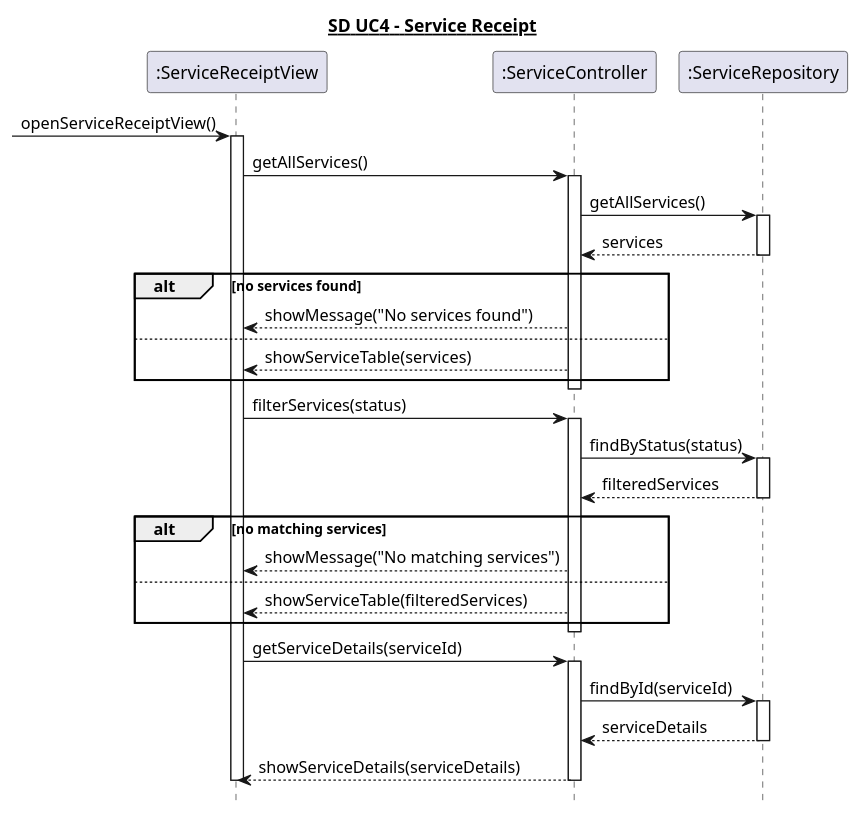
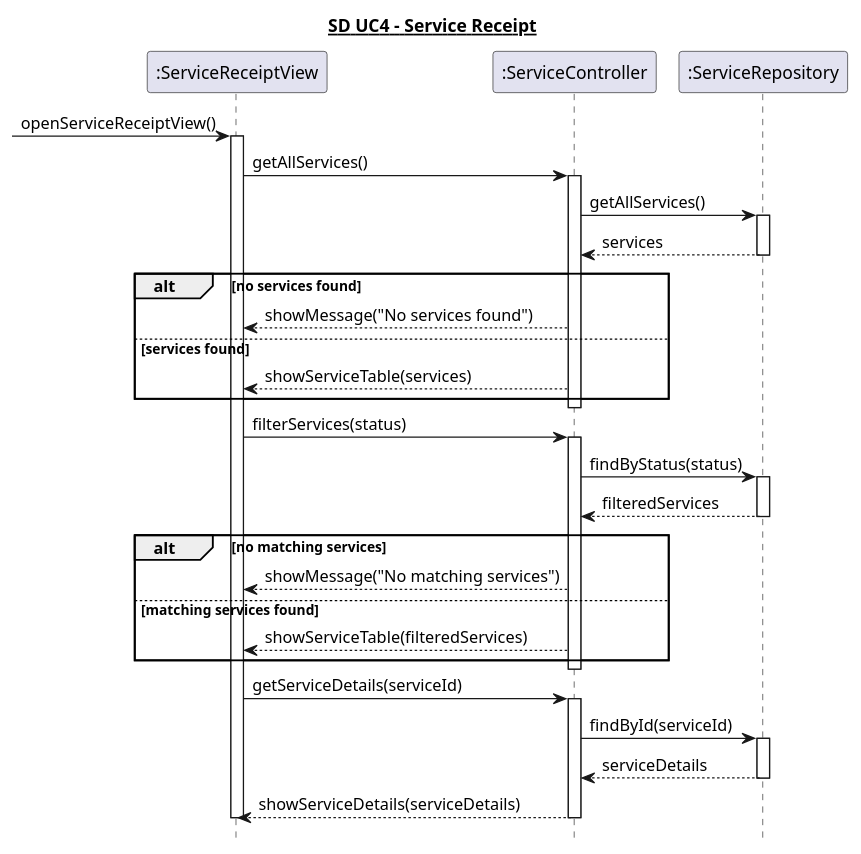
One commit to Zoabz/Getting-Real changed the diagram in 6. Sekvensdiagrammer/UC4_service_kvittering.puml. Above: the diagram before and after it, drawn with PlantUML. The commit also changed 15 other files, not shown here.

```diff
--- a/6. Sekvensdiagrammer/UC4_service_kvittering.puml
+++ b/6. Sekvensdiagrammer/UC4_service_kvittering.puml
@@ -1,55 +1,55 @@
 @startuml
 hide footbox
 title <U>SD UC4 - Service Receipt
 
 participant ":ServiceReceiptView" as View
 participant ":ServiceController" as Controller
 participant ":ServiceRepository" as Repository
 
 [-> View : openServiceReceiptView()
 activate View
 
 View -> Controller : getAllServices()
 activate Controller
 
 Controller -> Repository : getAllServices()
 activate Repository
 Repository --> Controller : services
 deactivate Repository
 
 alt no services found
     Controller --> View : showMessage("No services found")
 
-else 
+else services found
     Controller --> View : showServiceTable(services)
 end
 
 deactivate Controller
 
 View -> Controller : filterServices(status)
 activate Controller
 Controller -> Repository : findByStatus(status)
 activate Repository
 Repository --> Controller : filteredServices
 deactivate Repository
 
 alt no matching services
     Controller --> View : showMessage("No matching services")
-else 
+else matching services found 
     Controller --> View : showServiceTable(filteredServices)
 end
 
 deactivate Controller
 
 View -> Controller : getServiceDetails(serviceId)
 activate Controller
 Controller -> Repository : findById(serviceId)
 activate Repository
 Repository --> Controller : serviceDetails
 deactivate Repository
 Controller --> View : showServiceDetails(serviceDetails)
 
 deactivate Controller
 deactivate View
 
 @enduml
```
